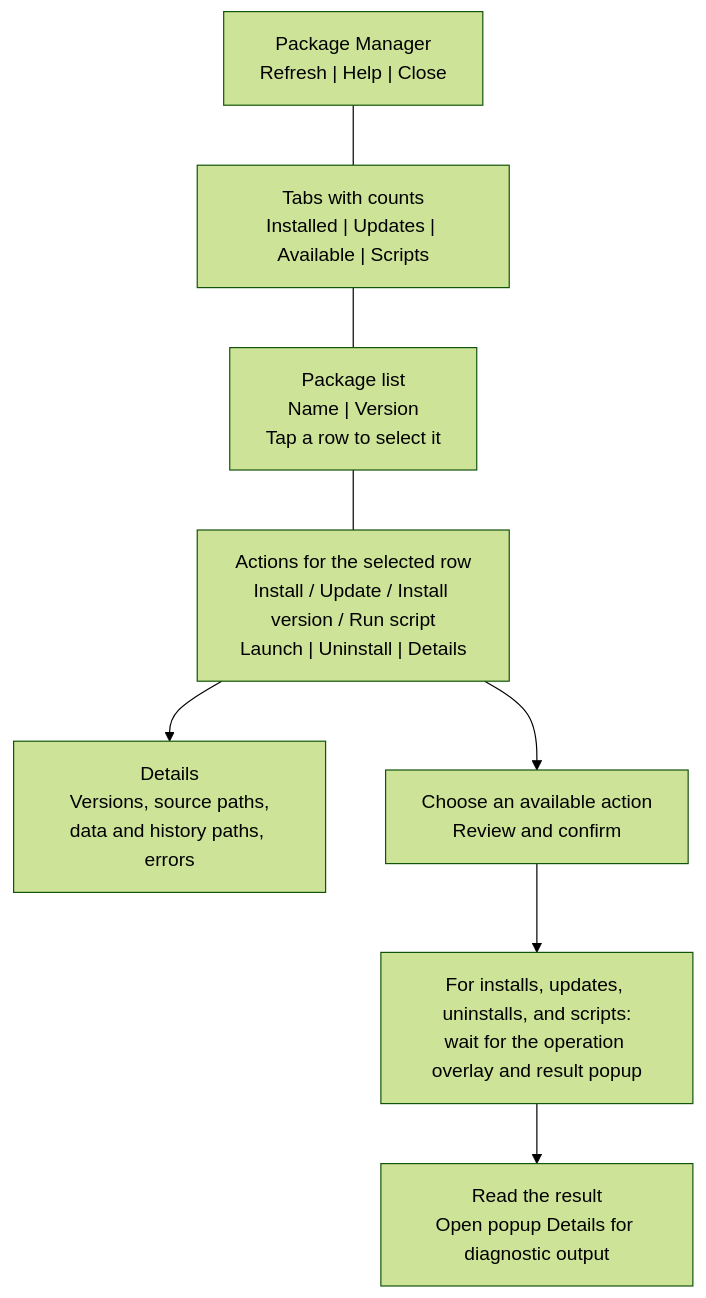
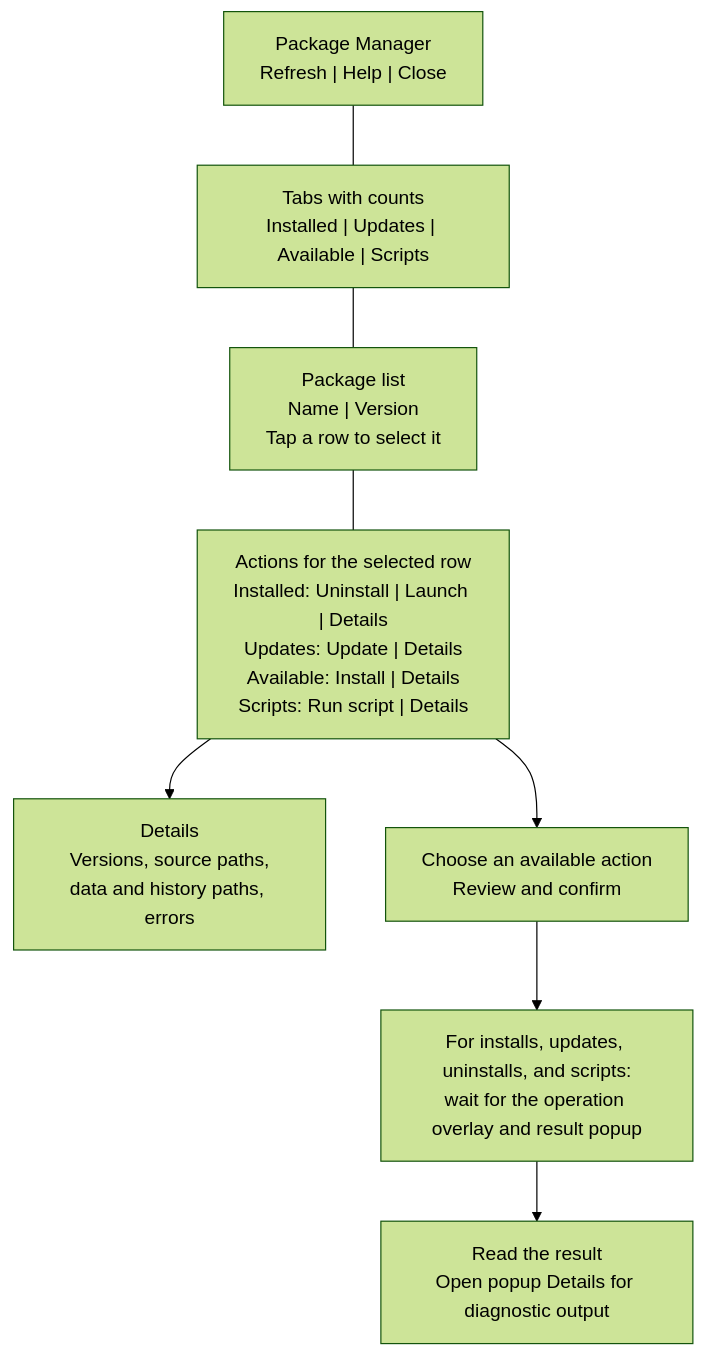
One commit to hmason55/nemesis-package-manager changed the third of 9 diagrams in docs/WORKFLOW-REFERENCE.md. Above: the diagram before and after it, drawn with Mermaid (forest theme). The commit also changed other lines of this file and 43 other files, not shown here.

````diff
--- a/docs/WORKFLOW-REFERENCE.md
+++ b/docs/WORKFLOW-REFERENCE.md
@@ -53,12 +53,12 @@
 ```mermaid
 flowchart TB
     header["Package Manager<br/>Refresh | Help | Close"]
     tabs["Tabs with counts<br/>Installed | Updates | Available | Scripts"]
     list["Package list<br/>Name | Version<br/>Tap a row to select it"]
-    actions["Actions for the selected row<br/>Install / Update / Install version / Run script<br/>Launch | Uninstall | Details"]
+    actions["Actions for the selected row<br/>Installed: Uninstall | Launch | Details<br/>Updates: Update | Details<br/>Available: Install | Details<br/>Scripts: Run script | Details"]
     header --- tabs --- list --- actions
     actions --> info["Details<br/>Versions, source paths,<br/>data and history paths, errors"]
     actions --> confirm["Choose an available action<br/>Review and confirm"]
     confirm --> wait["For installs, updates, uninstalls, and scripts:<br/>wait for the operation overlay and result popup"]
     wait --> result["Read the result<br/>Open popup Details for diagnostic output"]
 ```
````
